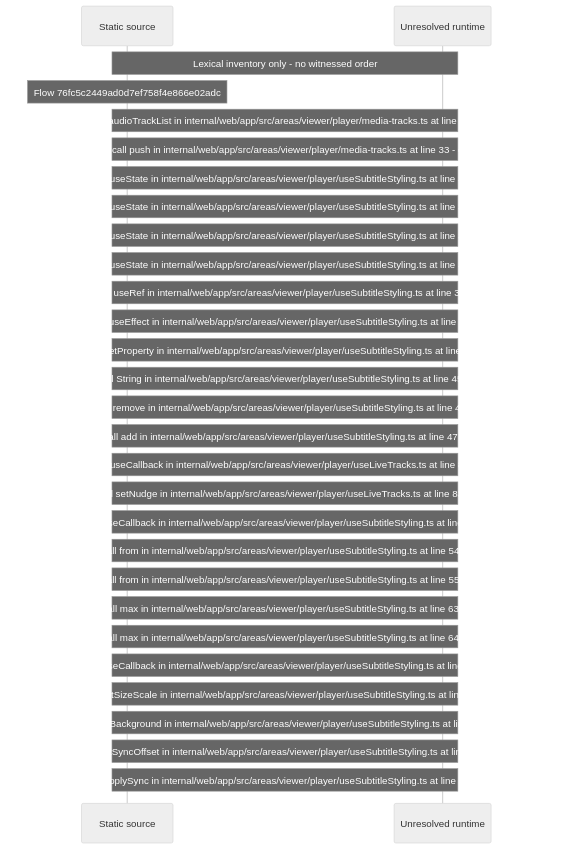
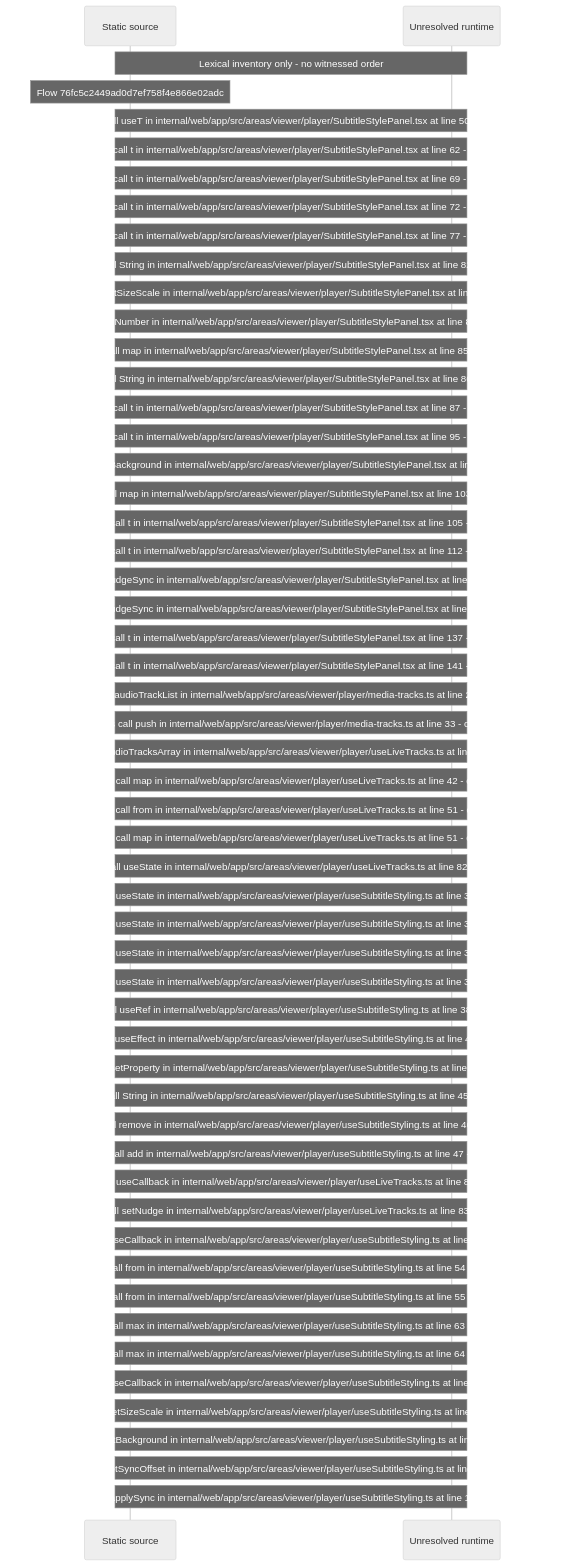
One commit to beamfall/core changed the diagram in docs/web/flows/generated/76fc5c2449ad0d7ef758f4e866e02adc/flow-diagram.md. Above: the diagram before and after it, drawn with Mermaid (neutral theme). The commit also changed other lines of this file and 699 other files, not shown here.

Commit message:
Regenerate the web flow record with flow generator version 5

````diff
--- a/docs/web/flows/generated/76fc5c2449ad0d7ef758f4e866e02adc/flow-diagram.md
+++ b/docs/web/flows/generated/76fc5c2449ad0d7ef758f4e866e02adc/flow-diagram.md
@@ -10,31 +10,56 @@
 ```mermaid
 sequenceDiagram
     participant S as Static source
     participant U as Unresolved runtime
     Note over S,U: Lexical inventory only - no witnessed order
     Note over S: Flow 76fc5c2449ad0d7ef758f4e866e02adc
+    Note over S,U: Source contains call useT in internal/web/app/src/areas/viewer/player/SubtitleStylePanel.tsx at line 50 - order unresolved
+    Note over S,U: Source contains call t in internal/web/app/src/areas/viewer/player/SubtitleStylePanel.tsx at line 62 - order unresolved
+    Note over S,U: Source contains call t in internal/web/app/src/areas/viewer/player/SubtitleStylePanel.tsx at line 69 - order unresolved
+    Note over S,U: Source contains call t in internal/web/app/src/areas/viewer/player/SubtitleStylePanel.tsx at line 72 - order unresolved
+    Note over S,U: Source contains call t in internal/web/app/src/areas/viewer/player/SubtitleStylePanel.tsx at line 77 - order unresolved
+    Note over S,U: Source contains call String in internal/web/app/src/areas/viewer/player/SubtitleStylePanel.tsx at line 82 - order unresolved
+    Note over S,U: Source contains call setSizeScale in internal/web/app/src/areas/viewer/player/SubtitleStylePanel.tsx at line 83 - order unresolved
+    Note over S,U: Source contains call Number in internal/web/app/src/areas/viewer/player/SubtitleStylePanel.tsx at line 83 - order unresolved
+    Note over S,U: Source contains call map in internal/web/app/src/areas/viewer/player/SubtitleStylePanel.tsx at line 85 - order unresolved
+    Note over S,U: Source contains call String in internal/web/app/src/areas/viewer/player/SubtitleStylePanel.tsx at line 86 - order unresolved
+    Note over S,U: Source contains call t in internal/web/app/src/areas/viewer/player/SubtitleStylePanel.tsx at line 87 - order unresolved
+    Note over S,U: Source contains call t in internal/web/app/src/areas/viewer/player/SubtitleStylePanel.tsx at line 95 - order unresolved
+    Note over S,U: Source contains call setBackground in internal/web/app/src/areas/viewer/player/SubtitleStylePanel.tsx at line 101 - order unresolved
+    Note over S,U: Source contains call map in internal/web/app/src/areas/viewer/player/SubtitleStylePanel.tsx at line 103 - order unresolved
+    Note over S,U: Source contains call t in internal/web/app/src/areas/viewer/player/SubtitleStylePanel.tsx at line 105 - order unresolved
+    Note over S,U: Source contains call t in internal/web/app/src/areas/viewer/player/SubtitleStylePanel.tsx at line 112 - order unresolved
+    Note over S,U: Source contains call nudgeSync in internal/web/app/src/areas/viewer/player/SubtitleStylePanel.tsx at line 118 - order unresolved
+    Note over S,U: Source contains call nudgeSync in internal/web/app/src/areas/viewer/player/SubtitleStylePanel.tsx at line 129 - order unresolved
+    Note over S,U: Source contains call t in internal/web/app/src/areas/viewer/player/SubtitleStylePanel.tsx at line 137 - order unresolved
+    Note over S,U: Source contains call t in internal/web/app/src/areas/viewer/player/SubtitleStylePanel.tsx at line 141 - order unresolved
     Note over S,U: Source contains call audioTrackList in internal/web/app/src/areas/viewer/player/media-tracks.ts at line 29 - order unresolved
     Note over S,U: Source contains call push in internal/web/app/src/areas/viewer/player/media-tracks.ts at line 33 - order unresolved
+    Note over S,U: Source contains call audioTracksArray in internal/web/app/src/areas/viewer/player/useLiveTracks.ts at line 42 - order unresolved
+    Note over S,U: Source contains call map in internal/web/app/src/areas/viewer/player/useLiveTracks.ts at line 42 - order unresolved
+    Note over S,U: Source contains call from in internal/web/app/src/areas/viewer/player/useLiveTracks.ts at line 51 - order unresolved
+    Note over S,U: Source contains call map in internal/web/app/src/areas/viewer/player/useLiveTracks.ts at line 51 - order unresolved
+    Note over S,U: Source contains call useState in internal/web/app/src/areas/viewer/player/useLiveTracks.ts at line 82 - order unresolved
     Note over S,U: Source contains call useState in internal/web/app/src/areas/viewer/player/useSubtitleStyling.ts at line 32 - order unresolved
     Note over S,U: Source contains call useState in internal/web/app/src/areas/viewer/player/useSubtitleStyling.ts at line 34 - order unresolved
     Note over S,U: Source contains call useState in internal/web/app/src/areas/viewer/player/useSubtitleStyling.ts at line 36 - order unresolved
     Note over S,U: Source contains call useState in internal/web/app/src/areas/viewer/player/useSubtitleStyling.ts at line 37 - order unresolved
     Note over S,U: Source contains call useRef in internal/web/app/src/areas/viewer/player/useSubtitleStyling.ts at line 38 - order unresolved
     Note over S,U: Source contains call useEffect in internal/web/app/src/areas/viewer/player/useSubtitleStyling.ts at line 42 - order unresolved
     Note over S,U: Source contains call setProperty in internal/web/app/src/areas/viewer/player/useSubtitleStyling.ts at line 45 - order unresolved
     Note over S,U: Source contains call String in internal/web/app/src/areas/viewer/player/useSubtitleStyling.ts at line 45 - order unresolved
     Note over S,U: Source contains call remove in internal/web/app/src/areas/viewer/player/useSubtitleStyling.ts at line 46 - order unresolved
     Note over S,U: Source contains call add in internal/web/app/src/areas/viewer/player/useSubtitleStyling.ts at line 47 - order unresolved
     Note over S,U: Source contains call useCallback in internal/web/app/src/areas/viewer/player/useLiveTracks.ts at line 83 - order unresolved
     Note over S,U: Source contains call setNudge in internal/web/app/src/areas/viewer/player/useLiveTracks.ts at line 83 - order unresolved
     Note over S,U: Source contains call useCallback in internal/web/app/src/areas/viewer/player/useSubtitleStyling.ts at line 50 - order unresolved
     Note over S,U: Source contains call from in internal/web/app/src/areas/viewer/player/useSubtitleStyling.ts at line 54 - order unresolved
     Note over S,U: Source contains call from in internal/web/app/src/areas/viewer/player/useSubtitleStyling.ts at line 55 - order unresolved
     Note over S,U: Source contains call max in internal/web/app/src/areas/viewer/player/useSubtitleStyling.ts at line 63 - order unresolved
     Note over S,U: Source contains call max in internal/web/app/src/areas/viewer/player/useSubtitleStyling.ts at line 64 - order unresolved
     Note over S,U: Source contains call useCallback in internal/web/app/src/areas/viewer/player/useSubtitleStyling.ts at line 96 - order unresolved
     Note over S,U: Source contains call setSizeScale in internal/web/app/src/areas/viewer/player/useSubtitleStyling.ts at line 97 - order unresolved
     Note over S,U: Source contains call setBackground in internal/web/app/src/areas/viewer/player/useSubtitleStyling.ts at line 98 - order unresolved
     Note over S,U: Source contains call setSyncOffset in internal/web/app/src/areas/viewer/player/useSubtitleStyling.ts at line 99 - order unresolved
     Note over S,U: Source contains call applySync in internal/web/app/src/areas/viewer/player/useSubtitleStyling.ts at line 101 - order unresolved
 ```
````
